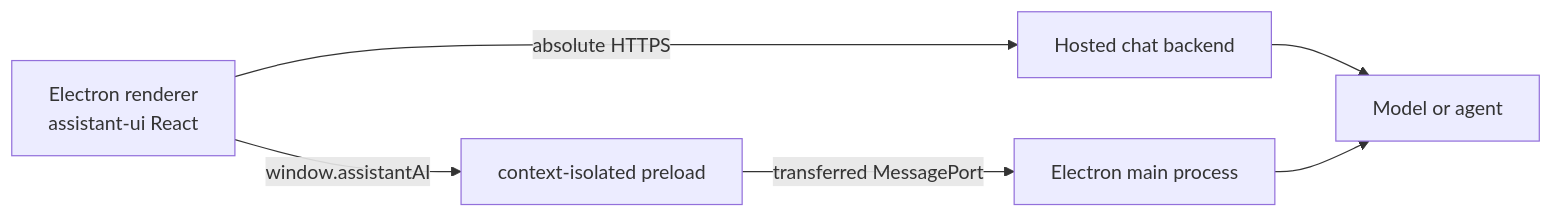
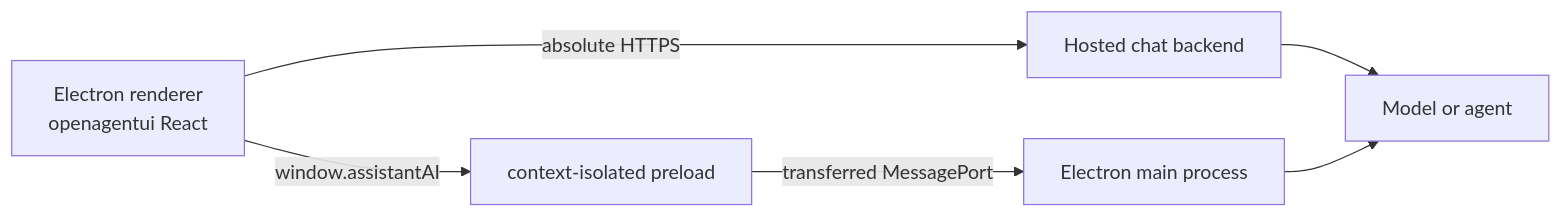
One commit to RealDealCPA-VR/OpenAgentUI changed the diagram in apps/docs/content/docs/guides/electron.mdx. Above: the diagram before and after it, drawn with Mermaid. The commit also changed other lines of this file and 4196 other files, not shown here.

````diff
--- a/apps/docs/content/docs/guides/electron.mdx
+++ b/apps/docs/content/docs/guides/electron.mdx
@@ -20,8 +20,8 @@
 ```mermaid
 flowchart LR
-  Renderer["Electron renderer<br/>assistant-ui React"] -->|"absolute HTTPS"| Backend["Hosted chat backend"]
+  Renderer["Electron renderer<br/>openagentui React"] -->|"absolute HTTPS"| Backend["Hosted chat backend"]
   Renderer -->|"window.assistantAI"| Preload["context-isolated preload"]
   Preload -->|"transferred MessagePort"| Main["Electron main process"]
   Backend --> Provider["Model or agent"]
   Main --> Provider
 ```
````
